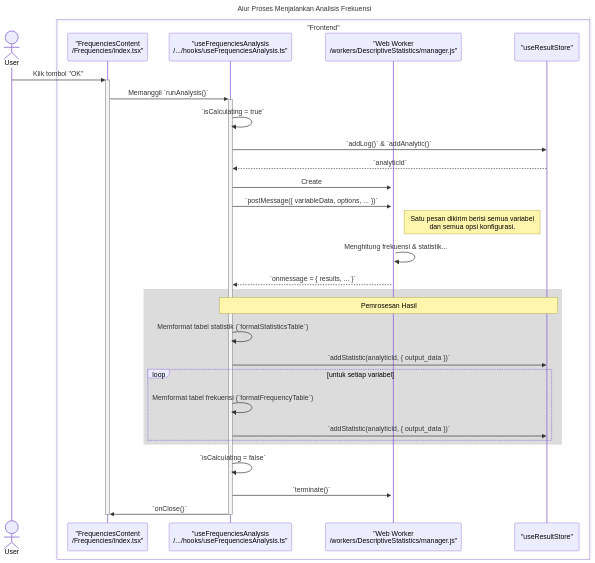
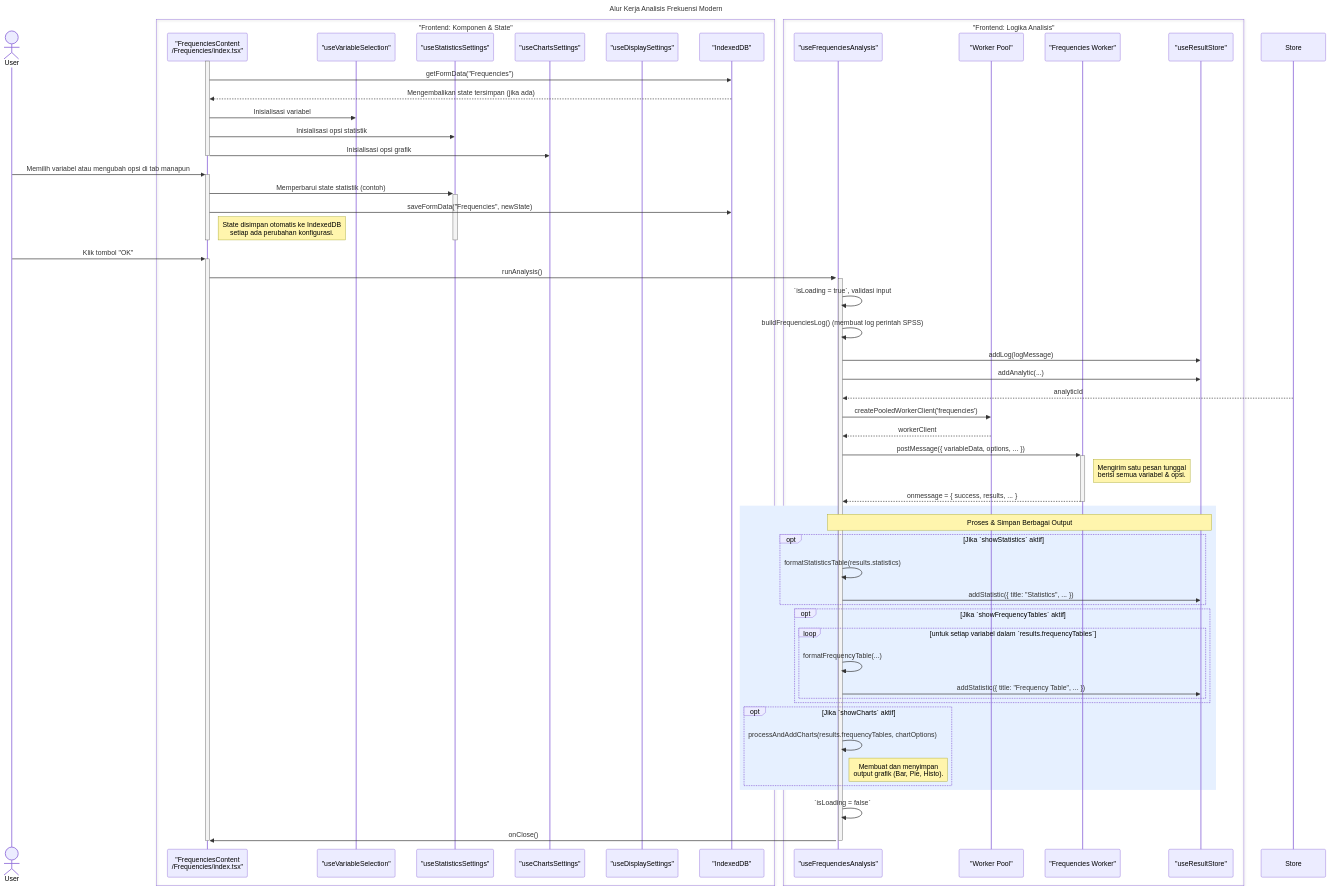
One commit to wilskk/statify changed the diagram in frontend/docs/FDD/4-Design by Feature/6-Analisis-Statistik/5. Dialog-Analisis-Frekuensi.md. Above: the diagram before and after it, drawn with Mermaid. The commit also changed other lines of this file and 32 other files, not shown here.

````diff
--- a/frontend/docs/FDD/4-Design by Feature/6-Analisis-Statistik/5. Dialog-Analisis-Frekuensi.md
+++ b/frontend/docs/FDD/4-Design by Feature/6-Analisis-Statistik/5. Dialog-Analisis-Frekuensi.md
@@ -61,43 +15,83 @@
 ```mermaid
 sequenceDiagram
-    title: Alur Proses Menjalankan Analisis Frekuensi
+    title: Alur Kerja Analisis Frekuensi Modern
     actor User
 
-    box "Frontend"
+    box "Frontend: Komponen & State"
         participant View as "FrequenciesContent<br>/Frequencies/index.tsx"
-        participant Hook as "useFrequenciesAnalysis<br>/.../hooks/useFrequenciesAnalysis.ts"
-        participant Worker as "Web Worker<br>/workers/DescriptiveStatistics/manager.js"
-        participant Store as "useResultStore"
+        participant VarHook as "useVariableSelection"
+        participant StatsHook as "useStatisticsSettings"
+        participant ChartsHook as "useChartsSettings"
+        participant DisplayHook as "useDisplaySettings"
+        participant IndexedDB as "IndexedDB"
+    end
+    
+    box "Frontend: Logika Analisis"
+        participant AnalysisHook as "useFrequenciesAnalysis"
+        participant WorkerPool as "Worker Pool"
+        participant Worker as "Frequencies Worker"
+        participant ResultStore as "useResultStore"
     end
 
+    %% Inisialisasi & Memuat State dari IndexedDB
+    activate View
+    View->>IndexedDB: getFormData("Frequencies")
+    IndexedDB-->>View: Mengembalikan state tersimpan (jika ada)
+    View->>VarHook: Inisialisasi variabel
+    View->>StatsHook: Inisialisasi opsi statistik
+    View->>ChartsHook: Inisialisasi opsi grafik
+    deactivate View
+
+    %% Interaksi Pengguna & Penyimpanan State Otomatis
+    User->>+View: Memilih variabel atau mengubah opsi di tab manapun
+    View->>+StatsHook: Memperbarui state statistik (contoh)
+    View->>IndexedDB: saveFormData("Frequencies", newState)
+    Note right of View: State disimpan otomatis ke IndexedDB<br/>setiap ada perubahan konfigurasi.
+    deactivate View
+    deactivate StatsHook
+    
+    %% Menjalankan Analisis
     User->>+View: Klik tombol "OK"
-    View->>+Hook: Memanggil `runAnalysis()`
-    Hook->>Hook: `isCalculating = true`
-    Hook->>Store: `addLog()` & `addAnalytic()`
-    Store-->>Hook: `analyticId`
-    Hook->>+Worker: Create
-    Hook->>Worker: `postMessage({ variableData, options, ... })`
-    Note right of Worker: Satu pesan dikirim berisi semua variabel<br/>dan semua opsi konfigurasi.
+    View->>+AnalysisHook: runAnalysis()
+    
+    activate AnalysisHook
+    AnalysisHook->>AnalysisHook: `isLoading = true`, validasi input
+    AnalysisHook->>AnalysisHook: buildFrequenciesLog() (membuat log perintah SPSS)
+    AnalysisHook->>ResultStore: addLog(logMessage)
+    AnalysisHook->>ResultStore: addAnalytic(...)
+    Store-->>AnalysisHook: analyticId
+    
+    AnalysisHook->>WorkerPool: createPooledWorkerClient('frequencies')
+    WorkerPool-->>AnalysisHook: workerClient
+    
+    AnalysisHook->>+Worker: postMessage({ variableData, options, ... })
+    Note right of Worker: Mengirim satu pesan tunggal<br/>berisi semua variabel & opsi.
 
-    Worker->>Worker: Menghitung frekuensi & statistik...
-    Worker-->>Hook: `onmessage = { results, ... }`
-
-    rect rgb(220, 220, 220)
-    note over Hook, Store: Pemrosesan Hasil
+    %% Menerima dan Memproses Hasil Tunggal dari Worker
+    Worker-->>-AnalysisHook: onmessage = { success, results, ... }
     
-    Hook->>Hook: Memformat tabel statistik (`formatStatisticsTable`)
-    Hook->>Store: `addStatistic(analyticId, { output_data })`
-    
-    loop untuk setiap variabel
-        Hook->>Hook: Memformat tabel frekuensi (`formatFrequencyTable`)
-        Hook->>Store: `addStatistic(analyticId, { output_data })`
+    rect rgb(230, 240, 255)
+        note over AnalysisHook, ResultStore: Proses & Simpan Berbagai Output
+        opt Jika `showStatistics` aktif
+            AnalysisHook->>AnalysisHook: formatStatisticsTable(results.statistics)
+            AnalysisHook->>ResultStore: addStatistic({ title: "Statistics", ... })
+        end
+        
+        opt Jika `showFrequencyTables` aktif
+            loop untuk setiap variabel dalam `results.frequencyTables`
+                AnalysisHook->>AnalysisHook: formatFrequencyTable(...)
+                AnalysisHook->>ResultStore: addStatistic({ title: "Frequency Table", ... })
+            end
+        end
+        
+        opt Jika `showCharts` aktif
+            AnalysisHook->>AnalysisHook: processAndAddCharts(results.frequencyTables, chartOptions)
+            Note right of AnalysisHook: Membuat dan menyimpan<br/>output grafik (Bar, Pie, Histo).
+        end
     end
     
-    end
-
-    Hook->>Hook: `isCalculating = false`
-    Hook->>Worker: `terminate()`
-    Hook->>View: `onClose()`
-    deactivate Hook
+    AnalysisHook->>AnalysisHook: `isLoading = false`
+    AnalysisHook->>View: onClose()
+    deactivate AnalysisHook
     deactivate View
 ```
````
